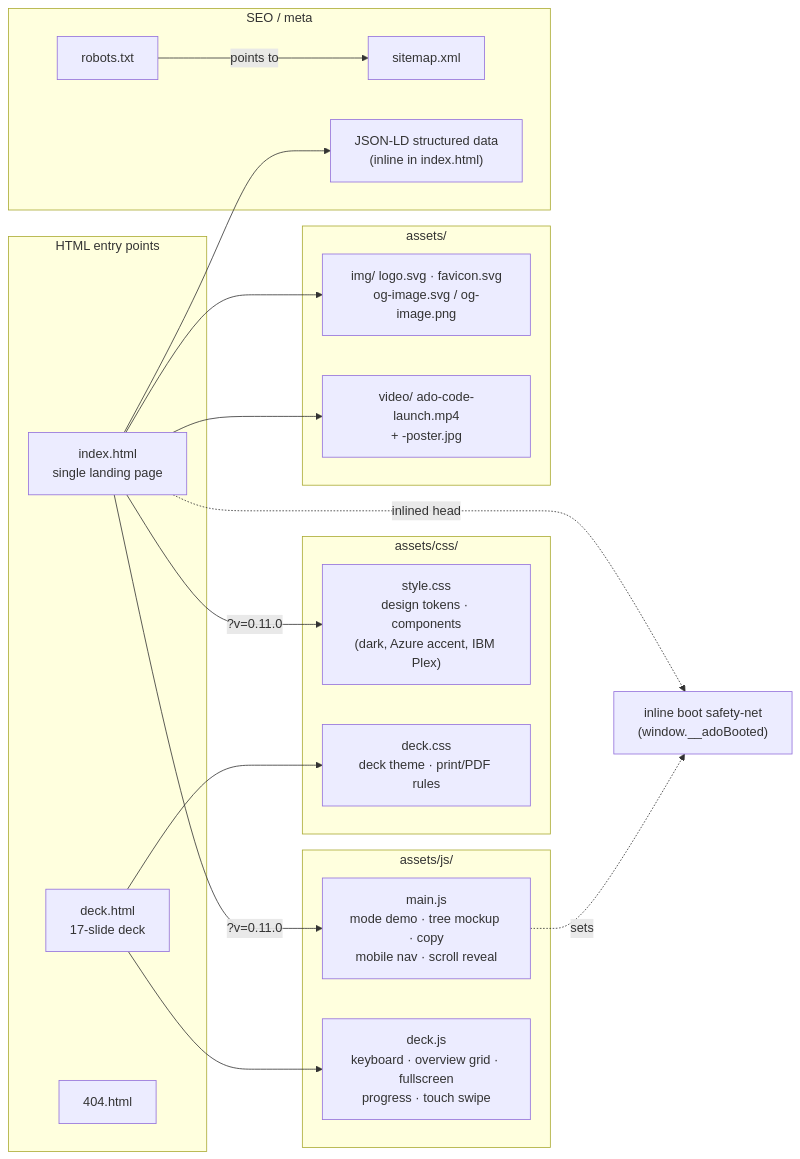
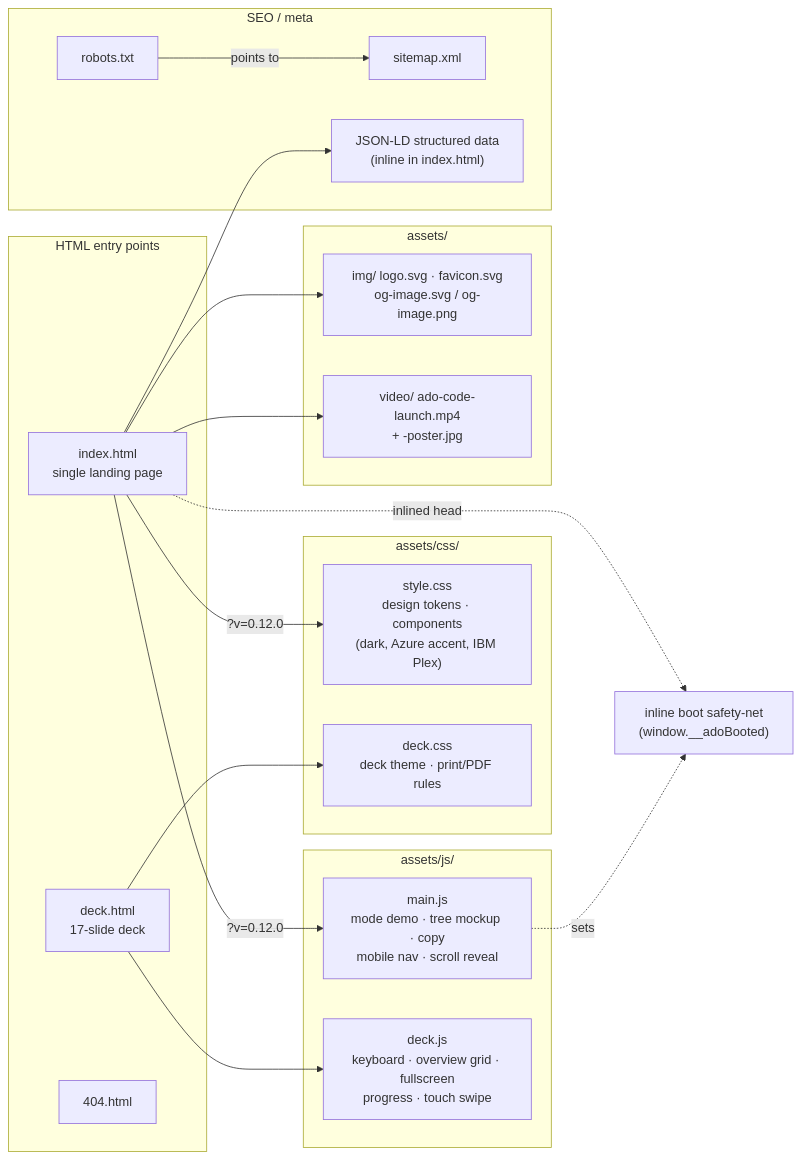
One commit to steelburn/ado-web changed the second of 4 diagrams in docs/architecture.md. Above: the diagram before and after it, drawn with Mermaid. The commit also changed 23 other files, not shown here.

````diff
--- a/docs/architecture.md
+++ b/docs/architecture.md
@@ -79,42 +79,42 @@
 ```mermaid
 flowchart LR
     subgraph Pages["HTML entry points"]
         IDX["index.html<br/>single landing page"]
         DECK["deck.html<br/>17-slide deck"]
         E404["404.html"]
     end
 
     subgraph CSS["assets/css/"]
         STY["style.css<br/>design tokens · components<br/>(dark, Azure accent, IBM Plex)"]
         DCSS["deck.css<br/>deck theme · print/PDF rules"]
     end
 
     subgraph JS["assets/js/"]
         MAIN["main.js<br/>mode demo · tree mockup · copy<br/>mobile nav · scroll reveal"]
         DJS["deck.js<br/>keyboard · overview grid · fullscreen<br/>progress · touch swipe"]
     end
 
     subgraph Media["assets/"]
         IMG["img/ logo.svg · favicon.svg<br/>og-image.svg / og-image.png"]
         VID["video/ ado-code-launch.mp4<br/>+ -poster.jpg"]
     end
 
     subgraph SEO["SEO / meta"]
         SM["sitemap.xml"]
         RB["robots.txt"]
         LD["JSON-LD structured data<br/>(inline in index.html)"]
     end
 
-    IDX -->|"?v=0.11.0"| STY
-    IDX -->|"?v=0.11.0"| MAIN
+    IDX -->|"?v=0.12.0"| STY
+    IDX -->|"?v=0.12.0"| MAIN
     IDX --> IMG
     IDX --> VID
     IDX --> LD
     DECK --> DCSS
     DECK --> DJS
 
     IDX -.->|inlined head| BOOT["inline boot safety-net<br/>(window.__adoBooted)"]
     MAIN -.->|sets| BOOT
 
     RB -->|points to| SM
 ```
````
